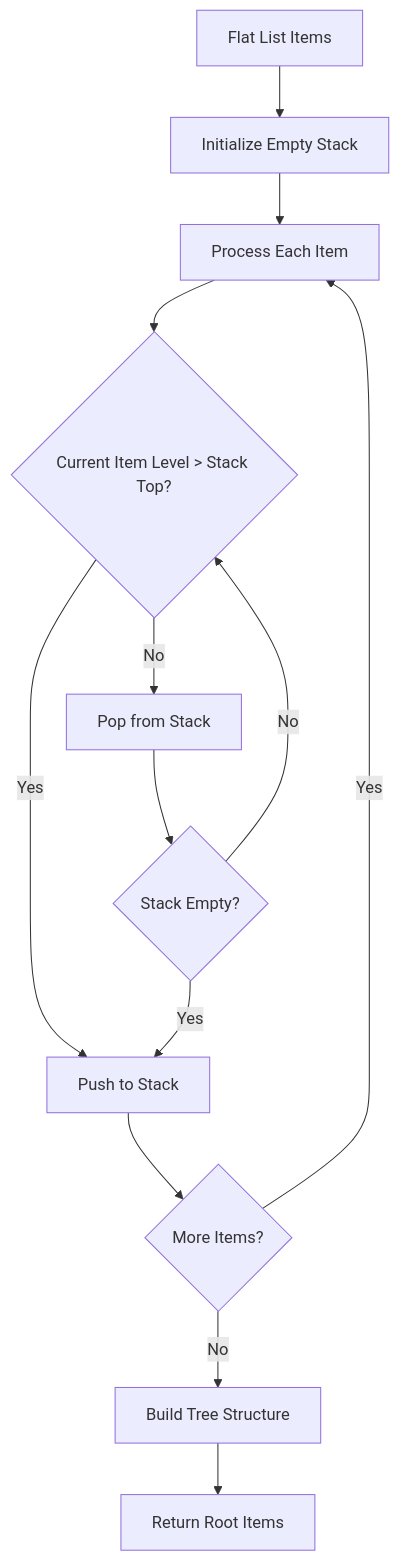
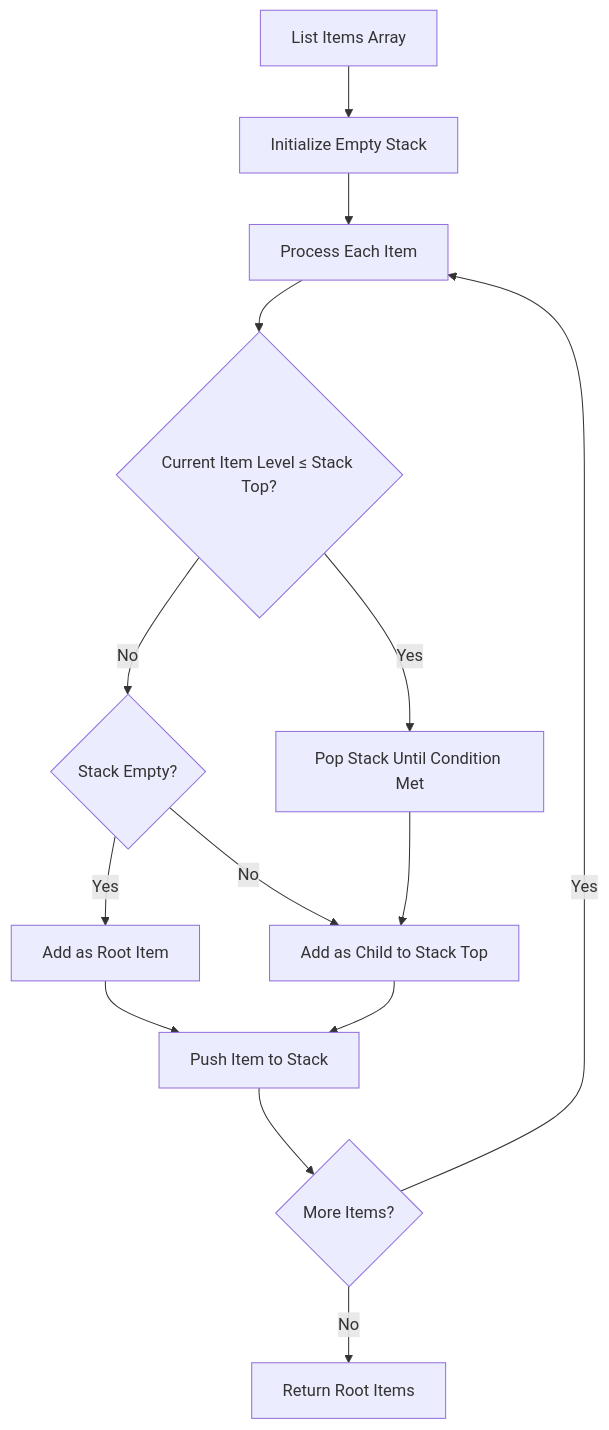
The fourth of 5 diagrams in .qoder/repowiki/en/content/Chunking Strategies/List Strategy.md (asukhodko/dify-markdown-chunker), drawn with Mermaid before and after one commit. The commit also changed other lines of this file and 205 other files, not shown here.

````diff
--- a/.qoder/repowiki/en/content/Chunking Strategies/List Strategy.md
+++ b/.qoder/repowiki/en/content/Chunking Strategies/List Strategy.md
@@ -283,15 +212,16 @@
 ```mermaid
 flowchart TD
-A["Flat List Items"] --> B["Initialize Empty Stack"]
+A["List Items Array"] --> B["Initialize Empty Stack"]
 B --> C["Process Each Item"]
-C --> D{"Current Item Level > Stack Top?"}
-D --> |Yes| E["Push to Stack"]
-D --> |No| F["Pop from Stack"]
-F --> G{"Stack Empty?"}
-G --> |No| D
-G --> |Yes| E
-E --> H{"More Items?"}
-H --> |Yes| C
-H --> |No| I["Build Tree Structure"]
-I --> J["Return Root Items"]
+C --> D{"Current Item Level ≤ Stack Top?"}
+D --> |Yes| E["Pop Stack Until Condition Met"]
+D --> |No| F{"Stack Empty?"}
+F --> |Yes| G["Add as Root Item"]
+F --> |No| H["Add as Child to Stack Top"]
+E --> H
+G --> I["Push Item to Stack"]
+H --> I
+I --> J{"More Items?"}
+J --> |Yes| C
+J --> |No| K["Return Root Items"]
 ```
````
